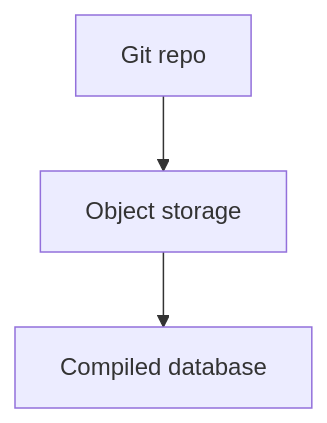
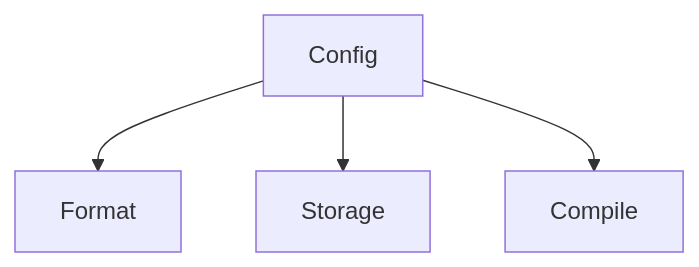
Before and after one commit to bristweb/yafidb: the diagram in README.md, drawn with Mermaid. The commit also changed other lines of this file and 9 other files, not shown here.

````diff
--- a/README.md
+++ b/README.md
@@ -34,5 +11,6 @@
 ```mermaid
 flowchart TB
-    G[Git repo] --> S[Object storage]
-    S --> C[Compiled database]
+    C[Config] --> F[Format]
+    C --> S[Storage]
+    C --> D[Compile]
 ```
````
